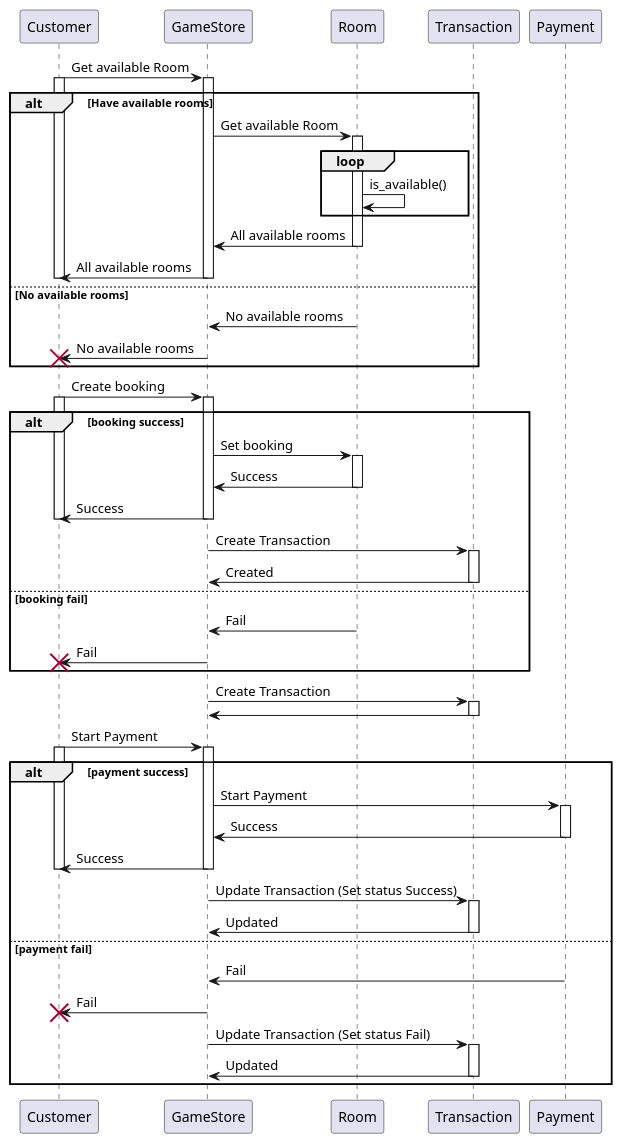
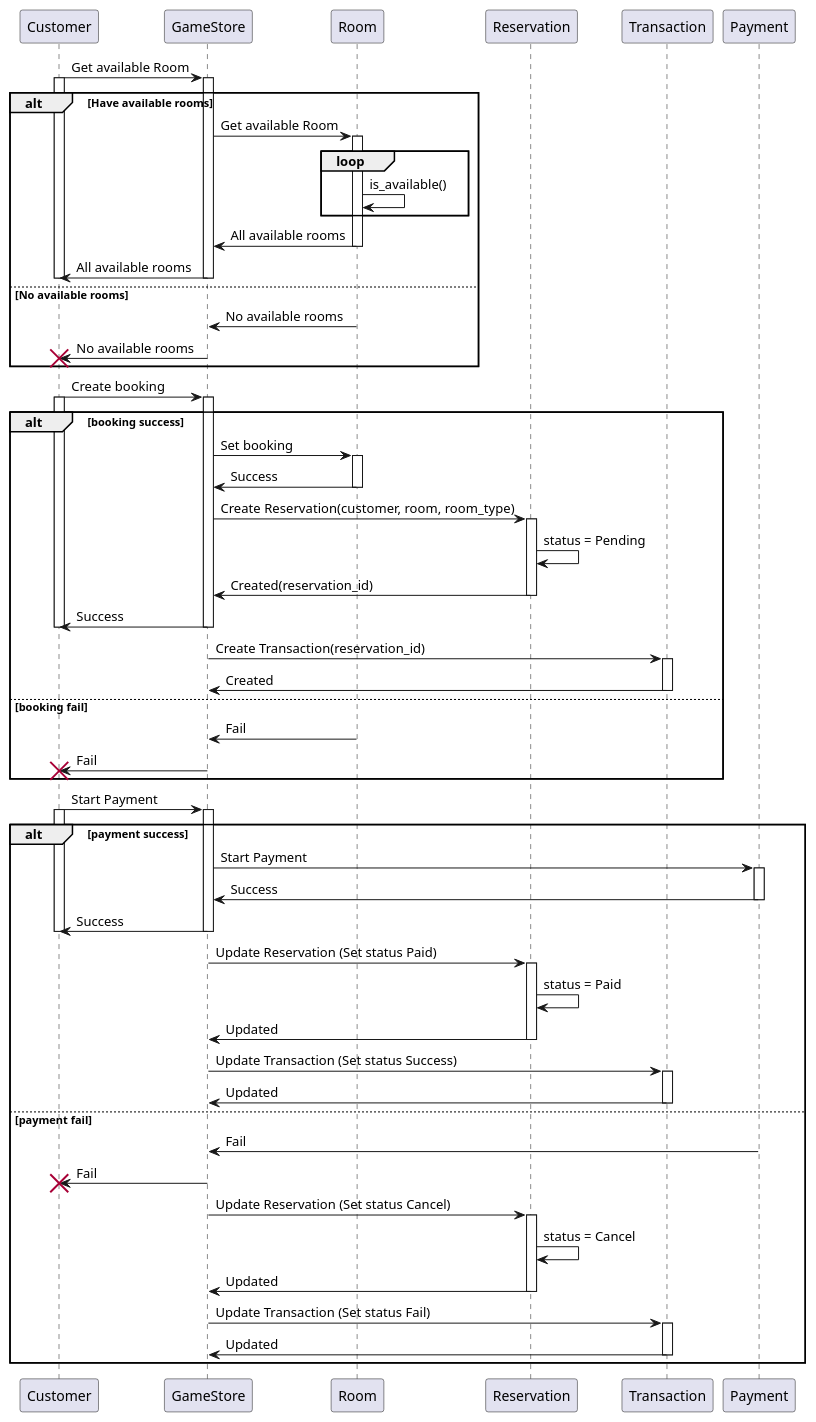
Before and after one commit to WaroonRagwongsiri/OOP_Project: the diagram in sequence_diagram.puml, drawn with PlantUML. The commit also changed 3 other files, not shown here.

Commit message:
add readme and minor update on diagram

```diff
--- a/sequence_diagram.puml
+++ b/sequence_diagram.puml
@@ -1,101 +1,120 @@
 @startuml UsecaseSequenceDiagram
 
 Customer -> GameStore : Get available Room
 activate Customer
 activate GameStore
+
 alt Have available rooms
 
 	GameStore -> Room : Get available Room
 	activate Room
 
 	loop
 		Room -> Room : is_available()
 	end
-
 
 	Room -> GameStore : All available rooms
 	deactivate Room
 
 	GameStore -> Customer : All available rooms
 	deactivate GameStore
 	deactivate Customer
 
 else No available rooms
 
 	Room -> GameStore : No available rooms
 	GameStore -> Customer : No available rooms
+	deactivate GameStore
+	deactivate Customer
+	
 	destroy Customer
 
 end
 
 
 Customer -> GameStore : Create booking
 activate Customer
 activate GameStore
 
 alt booking success
 
 	GameStore -> Room : Set booking
 	activate Room
-
 	Room -> GameStore : Success
 	deactivate Room
+
+	GameStore -> Reservation : Create Reservation(customer, room, room_type)
+	activate Reservation
+	Reservation -> Reservation : status = Pending
+	Reservation -> GameStore : Created(reservation_id)
+	deactivate Reservation
 
 	GameStore -> Customer : Success
 	deactivate GameStore
 	deactivate Customer
 
-	GameStore -> Transaction : Create Transaction
+	GameStore -> Transaction : Create Transaction(reservation_id)
 	activate Transaction
-
 	Transaction -> GameStore : Created
 	deactivate Transaction
 
 else booking fail
 
 	Room -> GameStore : Fail
 	GameStore -> Customer : Fail
+	deactivate GameStore
+	deactivate Customer
+	
 	destroy Customer
 
-
 end
-
-GameStore -> Transaction : Create Transaction
-activate Transaction
-
-Transaction -> GameStore
-deactivate Transaction
 
 Customer -> GameStore : Start Payment
 activate Customer
 activate GameStore
 
 alt payment success
 
 	GameStore -> Payment : Start Payment
 	activate Payment
-
 	Payment -> GameStore : Success
 	deactivate Payment
 
 	GameStore -> Customer : Success
 	deactivate GameStore
 	deactivate Customer
+
+	GameStore -> Reservation : Update Reservation (Set status Paid)
+	activate Reservation
+	Reservation -> Reservation : status = Paid
+	Reservation -> GameStore : Updated
+	deactivate Reservation
 
 	GameStore -> Transaction : Update Transaction (Set status Success)
 	activate Transaction
 	Transaction -> GameStore : Updated
 	deactivate Transaction
 
 else payment fail
 
 	Payment -> GameStore : Fail
 	GameStore -> Customer : Fail
+	deactivate GameStore
+	deactivate Customer
+
 	destroy Customer
+
+	GameStore -> Reservation : Update Reservation (Set status Cancel)
+	activate Reservation
+	Reservation -> Reservation : status = Cancel
+	Reservation -> GameStore : Updated
+	deactivate Reservation
 
 	GameStore -> Transaction : Update Transaction (Set status Fail)
 	activate Transaction
 	Transaction -> GameStore : Updated
 	deactivate Transaction
+
 end
+
 @enduml
```
